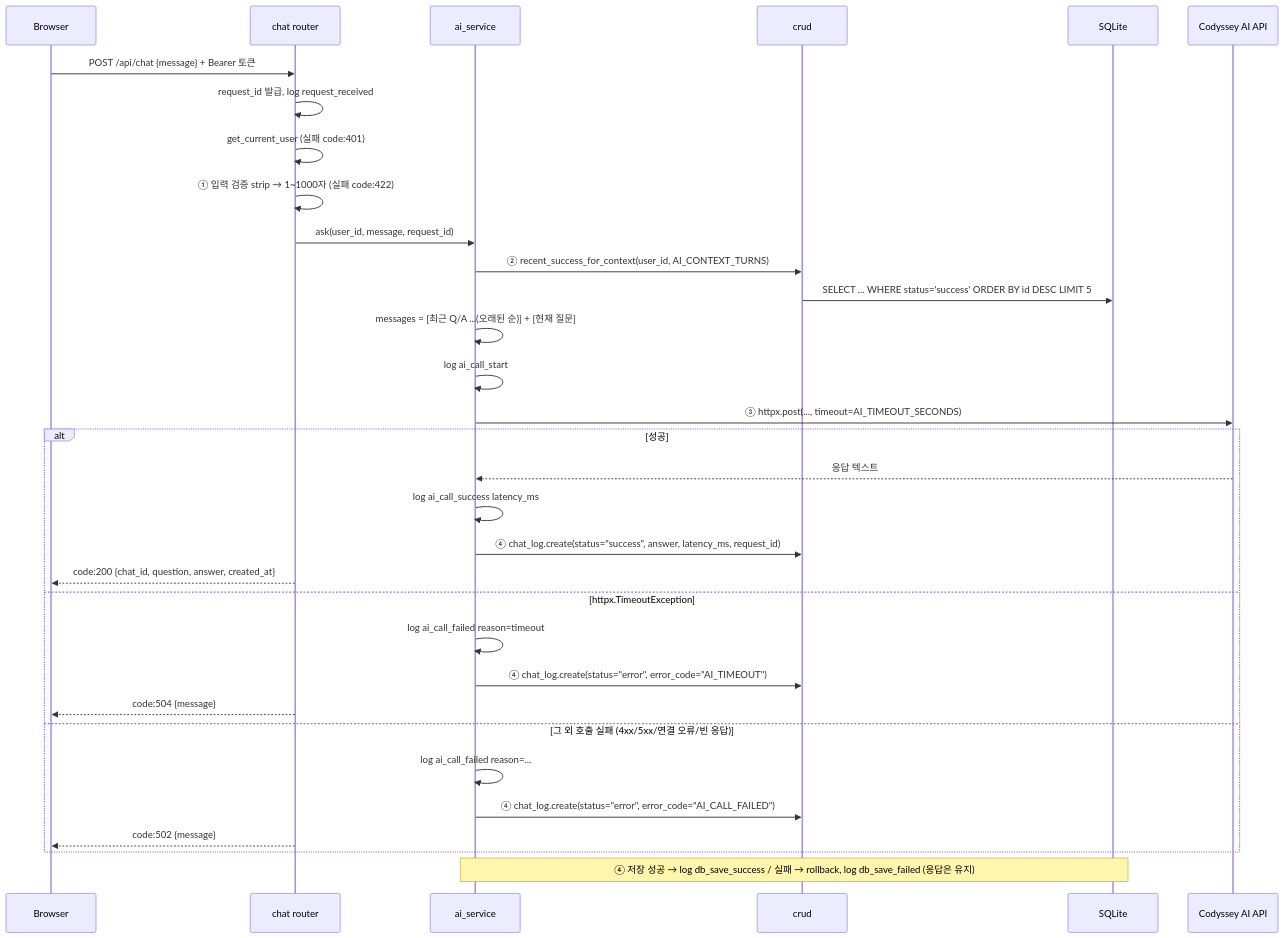
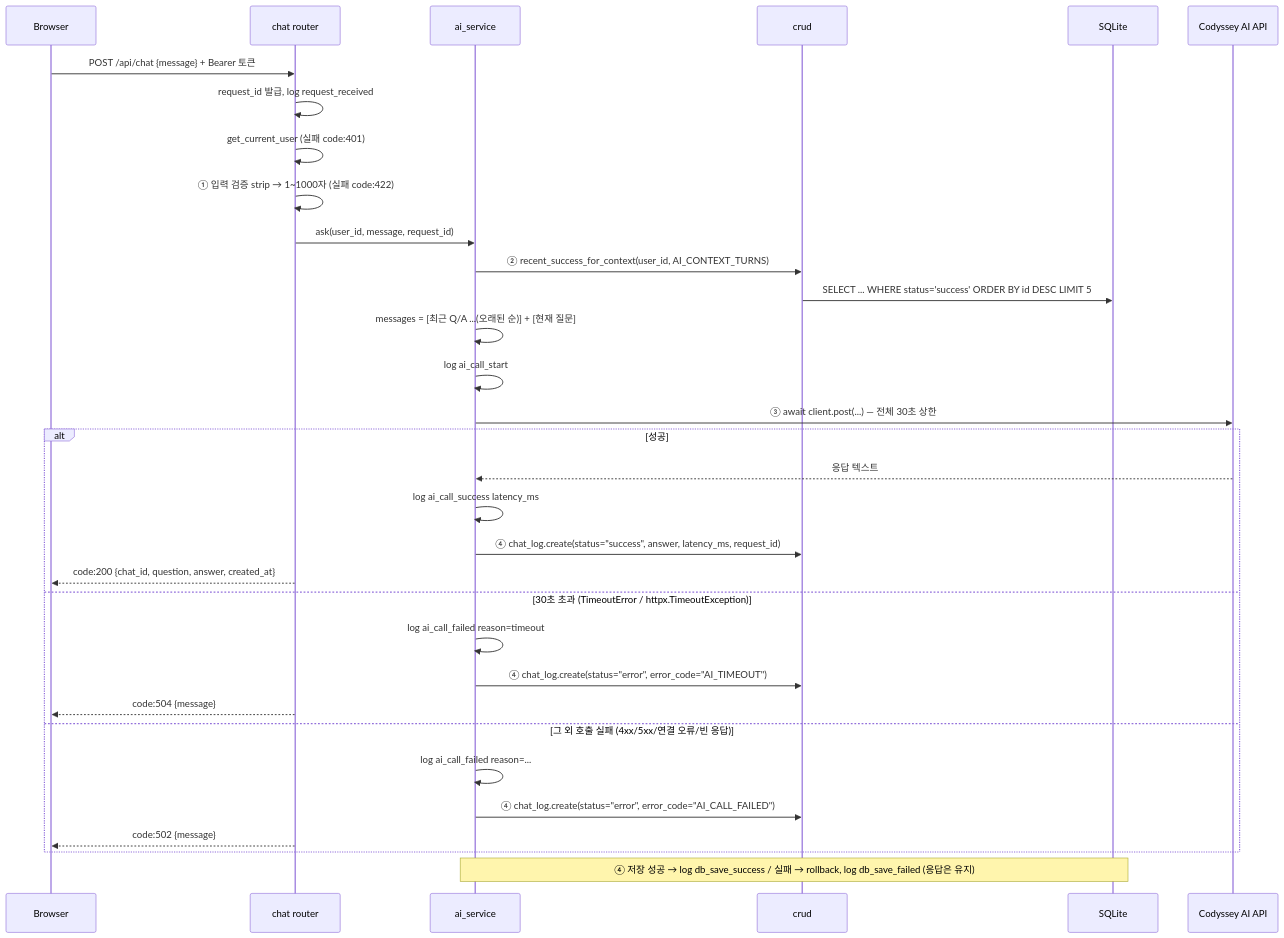
One commit to b7-1-chatbot-team/B7-1-chatbot changed the fifth of 6 diagrams in docs/02-architecture.md. Above: the diagram before and after it, drawn with Mermaid. The commit also changed other lines of this file and 9 other files, not shown here.

````diff
--- a/docs/02-architecture.md
+++ b/docs/02-architecture.md
@@ -265,34 +265,34 @@
 ```mermaid
 sequenceDiagram
     participant B as Browser
     participant R as chat router
     participant S as ai_service
     participant C as crud
     participant D as SQLite
     participant G as Codyssey AI API
     B->>R: POST /api/chat {message} + Bearer 토큰
     R->>R: request_id 발급, log request_received
     R->>R: get_current_user (실패 code:401)
     R->>R: ① 입력 검증 strip → 1~1000자 (실패 code:422)
     R->>S: ask(user_id, message, request_id)
     S->>C: ② recent_success_for_context(user_id, AI_CONTEXT_TURNS)
     C->>D: SELECT ... WHERE status='success' ORDER BY id DESC LIMIT 5
     S->>S: messages = [최근 Q/A ...(오래된 순)] + [현재 질문]
     S->>S: log ai_call_start
-    S->>G: ③ httpx.post(..., timeout=AI_TIMEOUT_SECONDS)
+    S->>G: ③ await client.post(...) — 전체 30초 상한
     alt 성공
         G-->>S: 응답 텍스트
         S->>S: log ai_call_success latency_ms
         S->>C: ④ chat_log.create(status="success", answer, latency_ms, request_id)
         R-->>B: code:200 {chat_id, question, answer, created_at}
-    else httpx.TimeoutException
+    else 30초 초과 (TimeoutError / httpx.TimeoutException)
         S->>S: log ai_call_failed reason=timeout
         S->>C: ④ chat_log.create(status="error", error_code="AI_TIMEOUT")
         R-->>B: code:504 {message}
     else 그 외 호출 실패 (4xx/5xx/연결 오류/빈 응답)
         S->>S: log ai_call_failed reason=...
         S->>C: ④ chat_log.create(status="error", error_code="AI_CALL_FAILED")
         R-->>B: code:502 {message}
     end
     Note over S,D: ④ 저장 성공 → log db_save_success / 실패 → rollback, log db_save_failed (응답은 유지)
 ```
````
